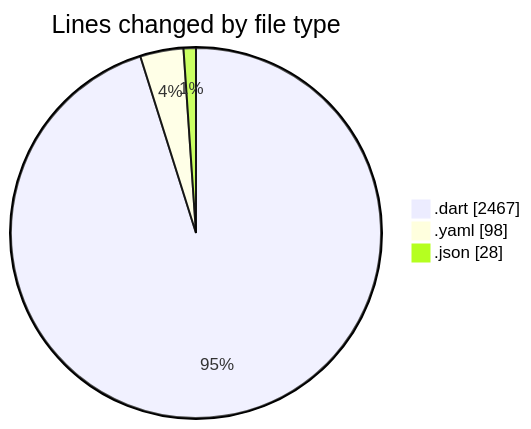
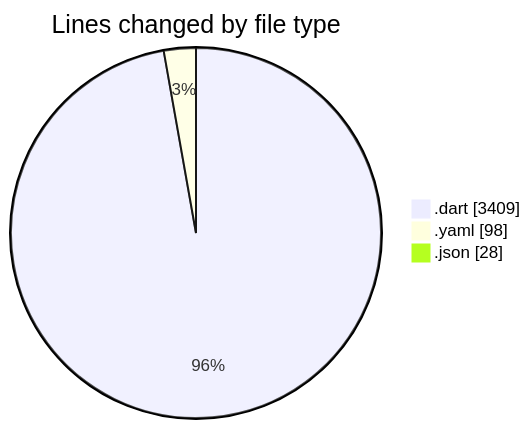
One commit to donsfak/code-tracking changed the first of 2 diagrams in 2025-11-01/weather_insights_app/README.md. Above: the diagram before and after it, drawn with Mermaid. The commit also changed other lines of this file and 1 other file, not shown here.

````diff
--- a/2025-11-01/weather_insights_app/README.md
+++ b/2025-11-01/weather_insights_app/README.md
@@ -30,7 +30,7 @@
 ```mermaid
 pie showData
 title Lines changed by file type
-".dart" : 2467
+".dart" : 3409
 ".yaml" : 98
 ".json" : 28
 ```
````
